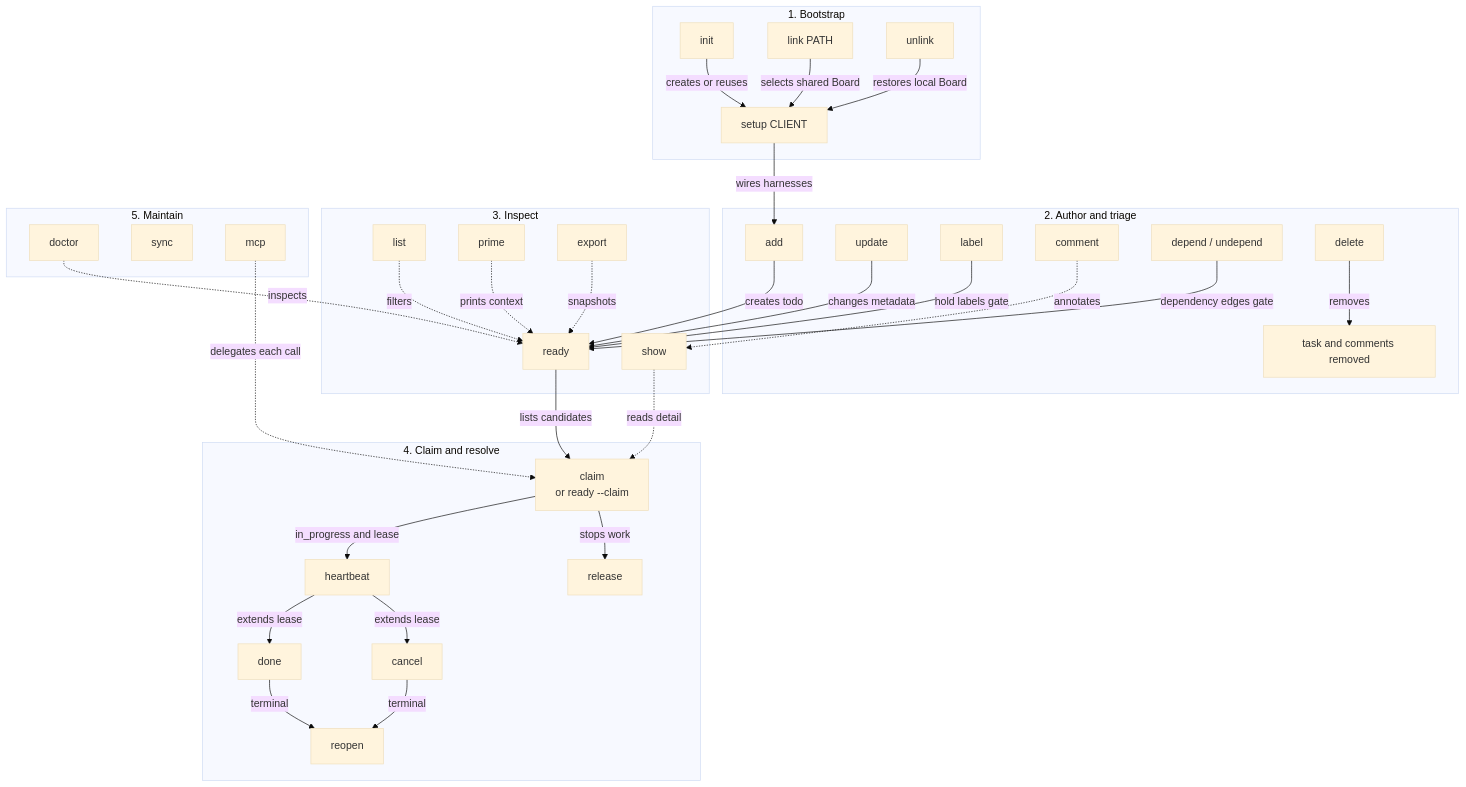
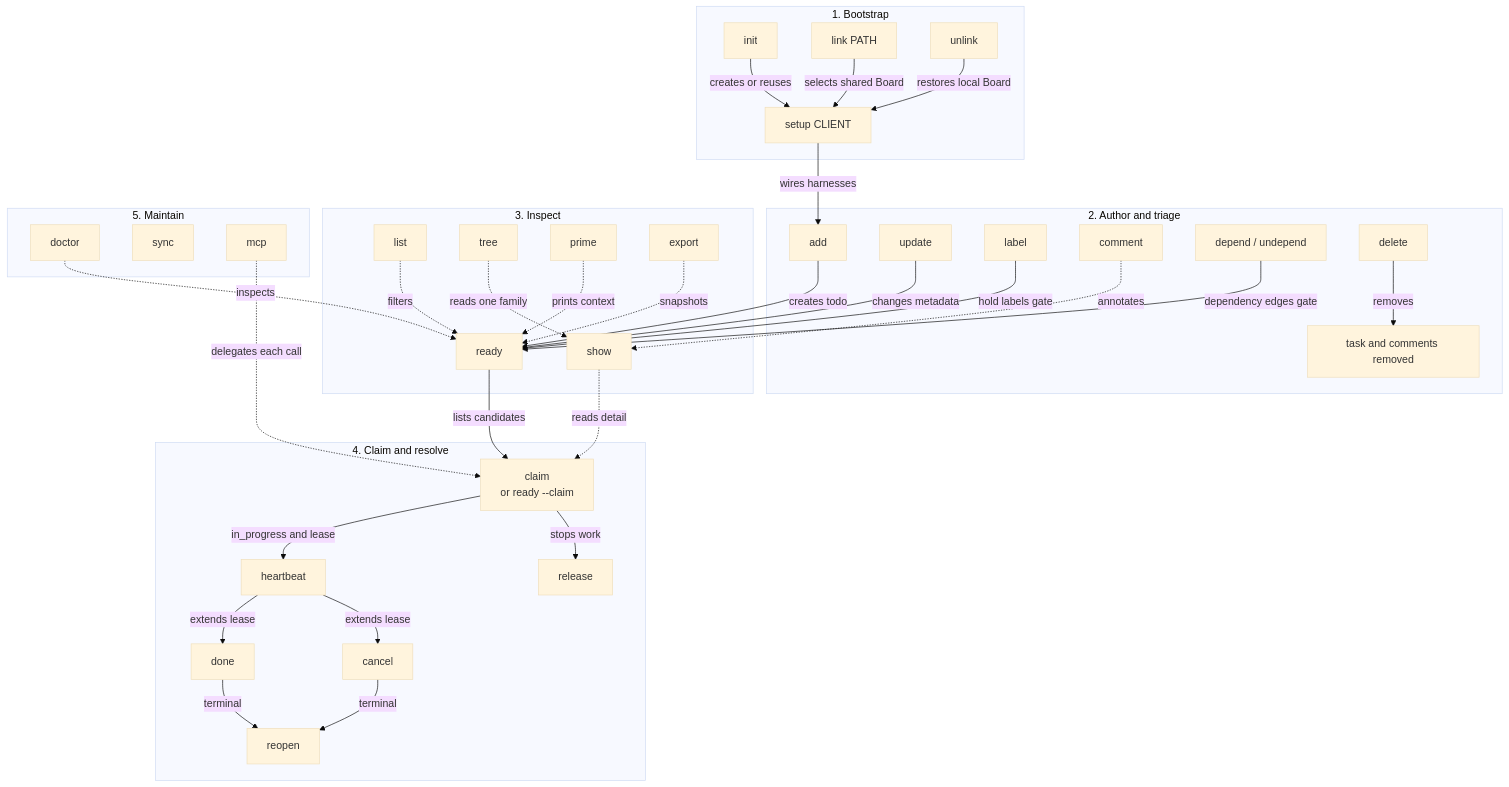
One commit to rcmendes/orbit changed the sixth of 12 diagrams in docs/ARCHITECTURE.md. Above: the diagram before and after it, drawn with Mermaid (base theme). The commit also changed other lines of this file and 11 other files, not shown here.

Commit message:
feat: add orbit tree family view

````diff
--- a/docs/ARCHITECTURE.md
+++ b/docs/ARCHITECTURE.md
@@ -344,66 +344,68 @@
 ```mermaid
 flowchart TB
     subgraph Bootstrap["1. Bootstrap"]
         INIT["init"]
         LINK["link PATH"]
         UNLINK["unlink"]
         SETUP["setup CLIENT"]
     end
 
     subgraph Author["2. Author and triage"]
         ADD["add"]
         UPDATE["update"]
         LABEL["label"]
         COMMENT["comment"]
         DEPEND["depend / undepend"]
         DELETE["delete"]
         DELETED["task and comments removed"]
     end
 
     subgraph Inspect["3. Inspect"]
         LIST["list"]
         SHOW["show"]
+        TREE["tree"]
         READY["ready"]
         PRIME["prime"]
         EXPORT["export"]
     end
 
     subgraph Execute["4. Claim and resolve"]
         CLAIM["claim<br/>or ready --claim"]
         HEART["heartbeat"]
         RELEASE["release"]
         DONE["done"]
         CANCEL["cancel"]
         REOPEN["reopen"]
     end
 
     subgraph Maintain["5. Maintain"]
         DOCTOR["doctor"]
         SYNC["sync"]
         MCP["mcp"]
     end
 
     INIT -->|creates or reuses| SETUP
     LINK -->|selects shared Board| SETUP
     UNLINK -->|restores local Board| SETUP
     SETUP -->|wires harnesses| ADD
     ADD -->|creates todo| READY
     UPDATE -->|changes metadata| READY
     LABEL -->|hold labels gate| READY
     DEPEND -->|dependency edges gate| READY
     DELETE -->|removes| DELETED
     LIST -.->|filters| READY
     SHOW -.->|reads detail| CLAIM
+    TREE -.->|reads one family| SHOW
     COMMENT -.->|annotates| SHOW
     PRIME -.->|prints context| READY
     EXPORT -.->|snapshots| READY
     READY -->|lists candidates| CLAIM
     CLAIM -->|in_progress and lease| HEART
     HEART -->|extends lease| DONE
     HEART -->|extends lease| CANCEL
     CLAIM -->|stops work| RELEASE
     DONE -->|terminal| REOPEN
     CANCEL -->|terminal| REOPEN
     DOCTOR -.->|inspects| READY
     MCP -.->|delegates each call| CLAIM
 ```
````
